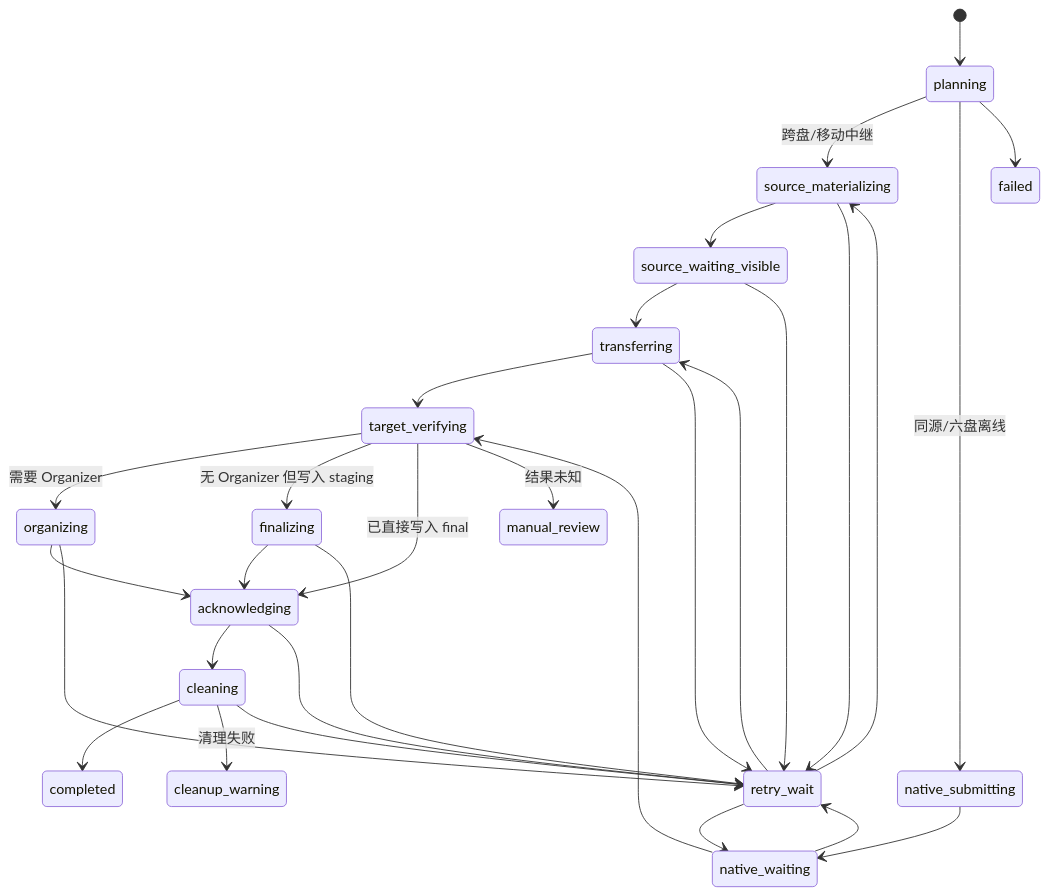
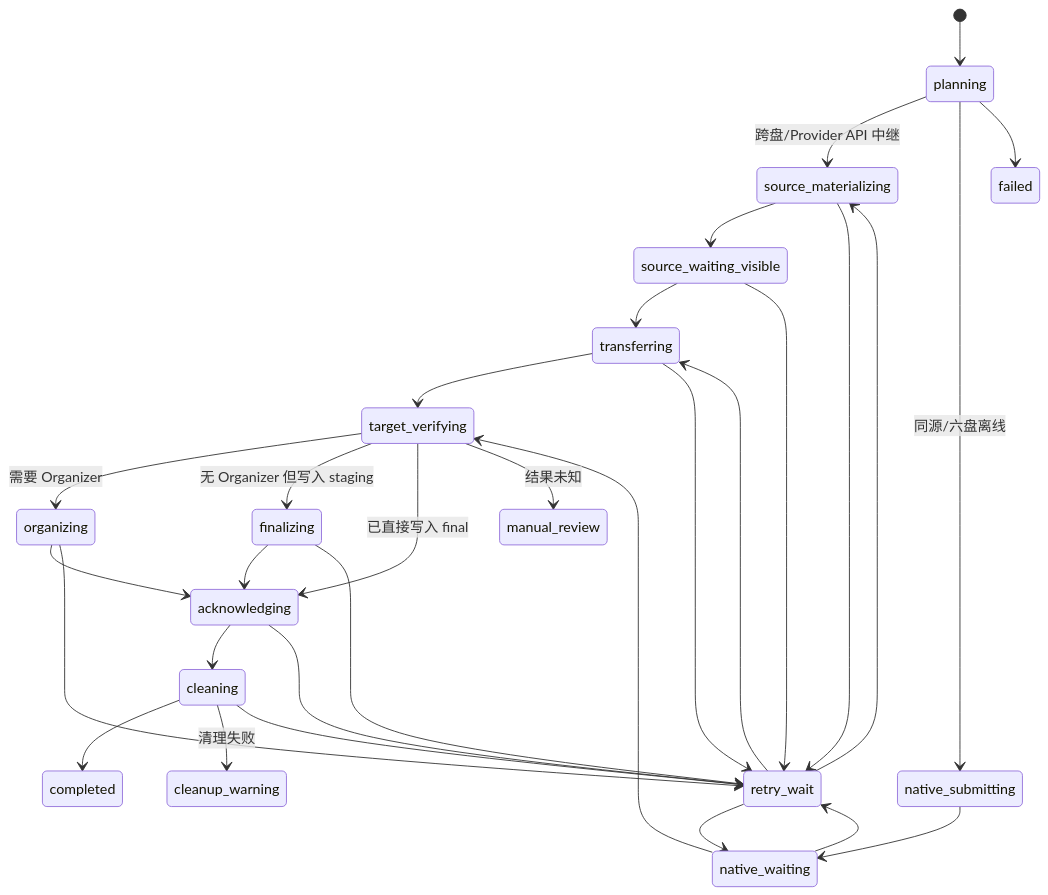
The fourth of 4 diagrams in docs/V1.0多链路设计文档.md (aichuguang/fnos-search), drawn with Mermaid before and after one commit. The commit also changed other lines of this file and 18 other files, not shown here.

Commit message:
fix: enforce provider API uploads for mobile and tianyi

````diff
--- a/docs/V1.0多链路设计文档.md
+++ b/docs/V1.0多链路设计文档.md
@@ -1230,32 +1232,32 @@
 ```mermaid
 stateDiagram-v2
     [*] --> planning
-    planning --> source_materializing: 跨盘/移动中继
+    planning --> source_materializing: 跨盘/Provider API 中继
     planning --> native_submitting: 同源/六盘离线
     source_materializing --> source_waiting_visible
     source_waiting_visible --> transferring
     transferring --> target_verifying
     native_submitting --> native_waiting
     native_waiting --> target_verifying
     target_verifying --> organizing: 需要 Organizer
     target_verifying --> finalizing: 无 Organizer 但写入 staging
     target_verifying --> acknowledging: 已直接写入 final
     organizing --> acknowledging
     finalizing --> acknowledging
     acknowledging --> cleaning
     cleaning --> completed
     cleaning --> cleanup_warning: 清理失败
     planning --> failed
     source_materializing --> retry_wait
     source_waiting_visible --> retry_wait
     transferring --> retry_wait
     native_waiting --> retry_wait
     target_verifying --> manual_review: 结果未知
     organizing --> retry_wait
     finalizing --> retry_wait
     acknowledging --> retry_wait
     cleaning --> retry_wait
     retry_wait --> source_materializing
     retry_wait --> transferring
     retry_wait --> native_waiting
 ```
````
